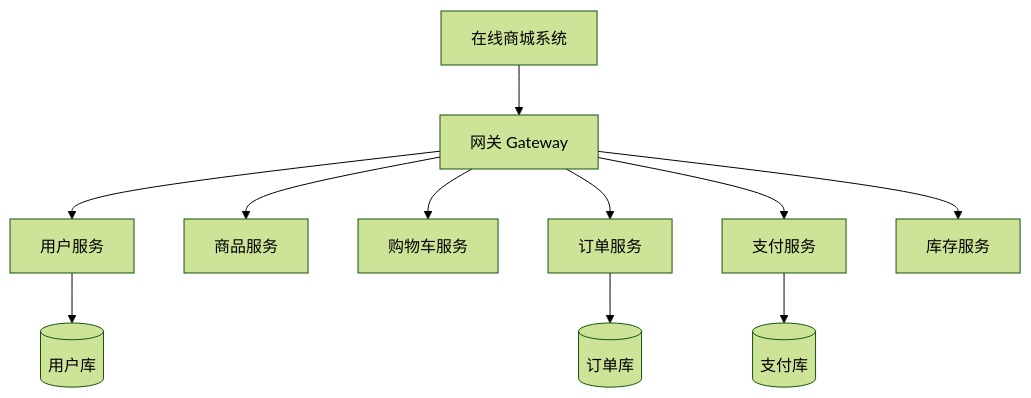
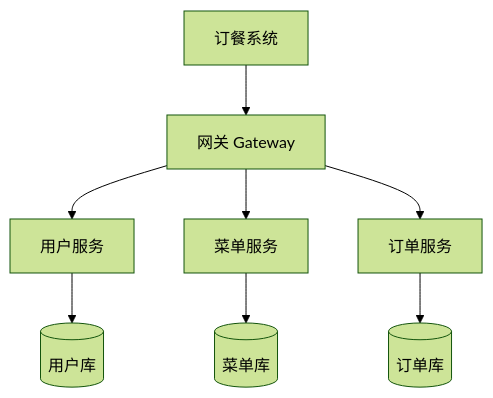
The second of 2 diagrams in README.md (XXkingzyy/microservices-practice-2412190221), drawn with Mermaid (forest theme) before and after one commit. The commit also changed other lines of this file and 1 other file, not shown here.

````diff
--- a/README.md
+++ b/README.md
@@ -55,13 +43,10 @@
 ```mermaid
 flowchart TD
-    P[在线商城系统] --> G[网关 Gateway]
-    G --> US[用户服务]
-    G --> PS[商品服务]
-    G --> CS[购物车服务]
-    G --> OS[订单服务]
-    G --> PAY[支付服务]
-    G --> ST[库存服务]
-    OS --> DB1[(订单库)]
-    PAY --> DB2[(支付库)]
-    US --> DB3[(用户库)]
+    P[订餐系统] --> G[网关 Gateway]
+    G --> U[用户服务]
+    G --> M[菜单服务]
+    G --> O[订单服务]
+    U --> DB1[(用户库)]
+    M --> DB2[(菜单库)]
+    O --> DB3[(订单库)]
 ```
````
